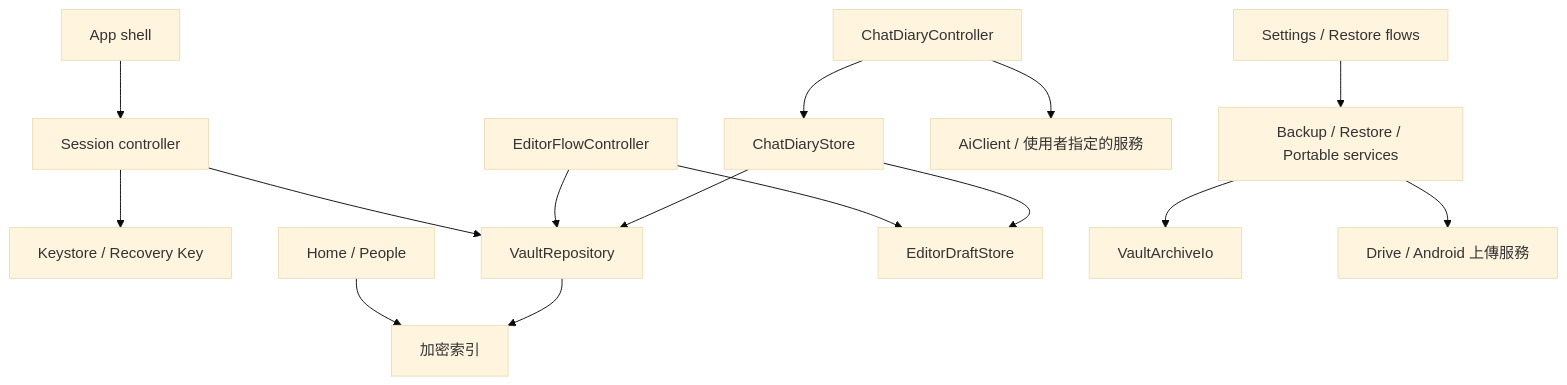
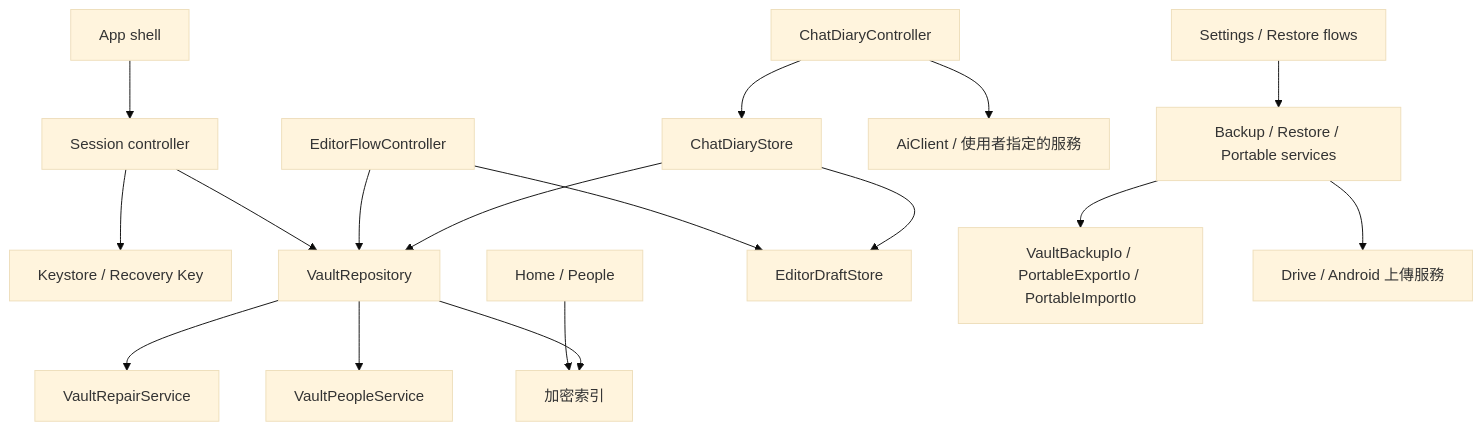
Before and after one commit to zack20136/quill-diary: the diagram in docs/開發/架構/系統架構.md, drawn with Mermaid (base theme). The commit also changed other lines of this file and 439 other files, not shown here.

````diff
--- a/docs/開發/架構/系統架構.md
+++ b/docs/開發/架構/系統架構.md
@@ -40,17 +48,19 @@
 ```mermaid
 flowchart TD
   App[App shell] --> Session[Session controller]
   Session --> Security[Keystore / Recovery Key]
   Session --> Vault[VaultRepository]
   Home[Home / People] --> Index[加密索引]
   Editor[EditorFlowController] --> Drafts[EditorDraftStore]
   Editor --> Vault
   Chat[ChatDiaryController] --> ChatStore[ChatDiaryStore]
   ChatStore --> Drafts
   ChatStore --> Vault
   Chat --> AI[AiClient / 使用者指定的服務]
   Settings[Settings / Restore flows] --> Transfer[Backup / Restore / Portable services]
-  Transfer --> Archive[VaultArchiveIo]
+  Transfer --> Archive[VaultBackupIo / PortableExportIo / PortableImportIo]
+  Vault --> Repair[VaultRepairService]
+  Vault --> People[VaultPeopleService]
   Transfer --> Drive[Drive / Android 上傳服務]
   Vault --> Index
 ```
````
